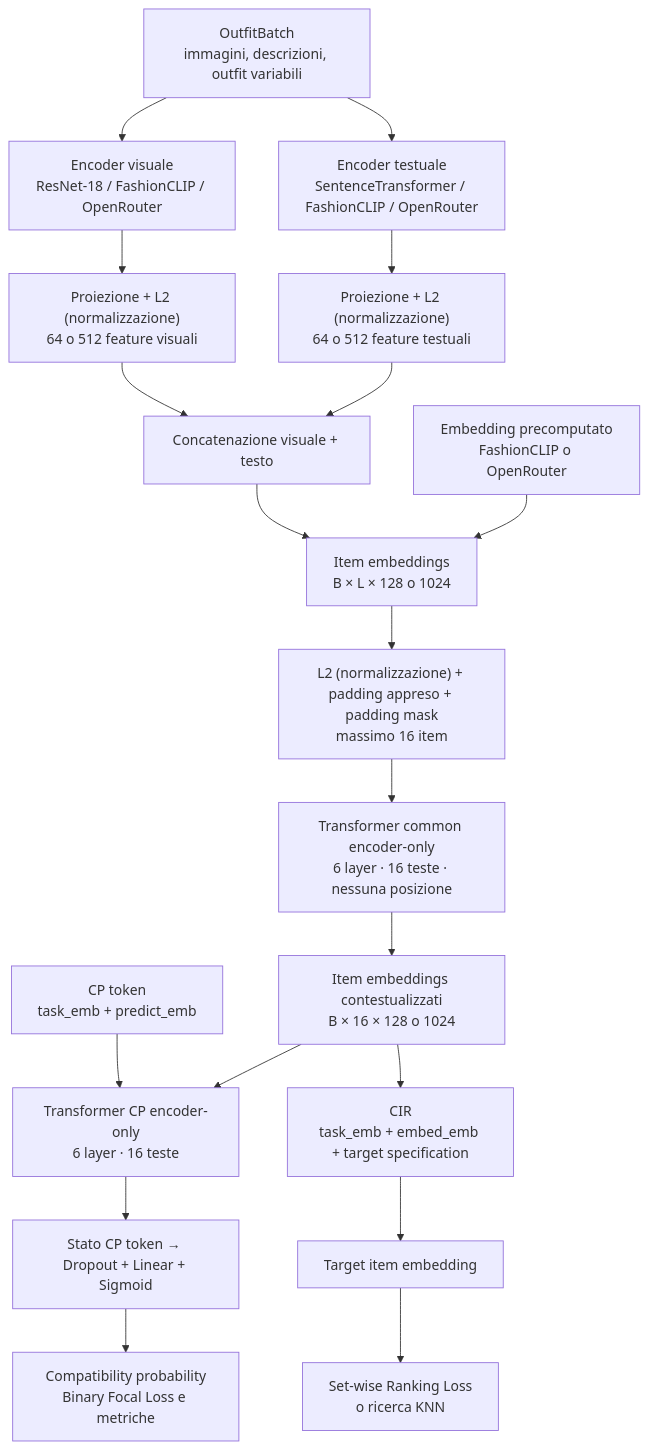
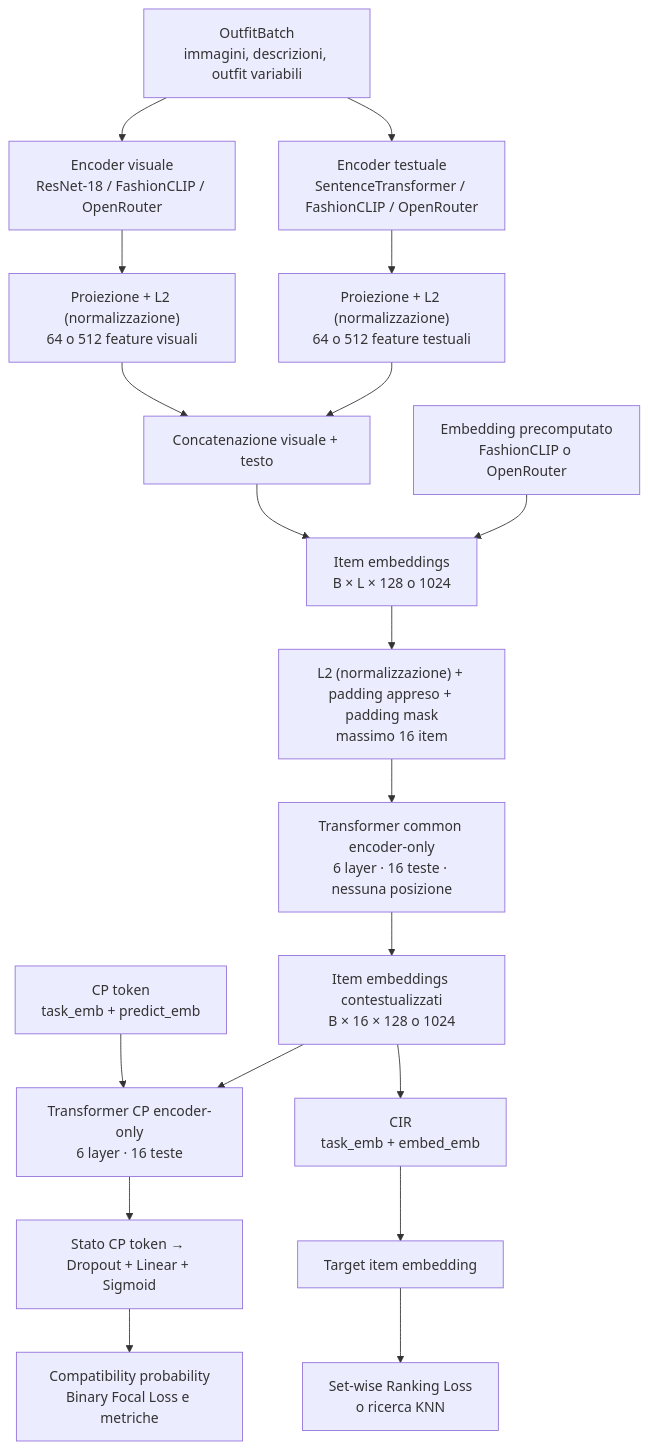
Before and after one commit to FlorindoDev/OutfitTransformer: the diagram in README.md, drawn with Mermaid. The commit also changed other lines of this file and 4 other files, not shown here.

Commit message:
docs(model): document CP and CIR flows

````diff
--- a/README.md
+++ b/README.md
@@ -46,28 +48,28 @@
 ```mermaid
 flowchart TD
     A["OutfitBatch<br/>immagini, descrizioni, outfit variabili"]
 
     A --> B["Encoder visuale<br/>ResNet-18 / FashionCLIP / OpenRouter"]
     A --> C["Encoder testuale<br/>SentenceTransformer / FashionCLIP / OpenRouter"]
 
     B --> D["Proiezione + L2 (normalizzazione)<br/>64 o 512 feature visuali"]
     C --> E["Proiezione + L2 (normalizzazione)<br/>64 o 512 feature testuali"]
 
     D --> F["Concatenazione visuale + testo"]
     E --> F
 
     F --> G["Item embeddings<br/>B × L × 128 o 1024"]
     P["Embedding precomputato<br/>FashionCLIP o OpenRouter"] --> G
     G --> H["L2 (normalizzazione) + padding appreso + padding mask<br/>massimo 16 item"]
     H --> I["Transformer common encoder-only<br/>6 layer · 16 teste · nessuna posizione"]
     I --> J["Item embeddings contestualizzati<br/>B × 16 × 128 o 1024"]
 
     K["CP token<br/>task_emb + predict_emb"] --> L["Transformer CP encoder-only<br/>6 layer · 16 teste"]
     J --> L
     L --> M["Stato CP token → Dropout + Linear + Sigmoid"]
     M --> N["Compatibility probability<br/>Binary Focal Loss e metriche"]
 
-    J --> O["CIR<br/>task_emb + embed_emb + target specification"]
+    J --> O["CIR<br/>task_emb + embed_emb"]
     O --> Q["Target item embedding"]
     Q --> R["Set-wise Ranking Loss<br/>o ricerca KNN"]
 ```
````
